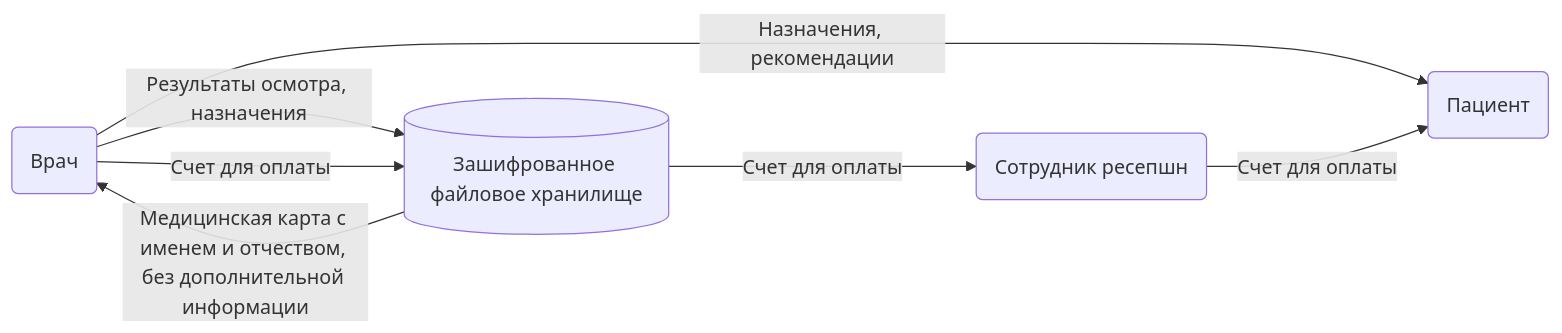
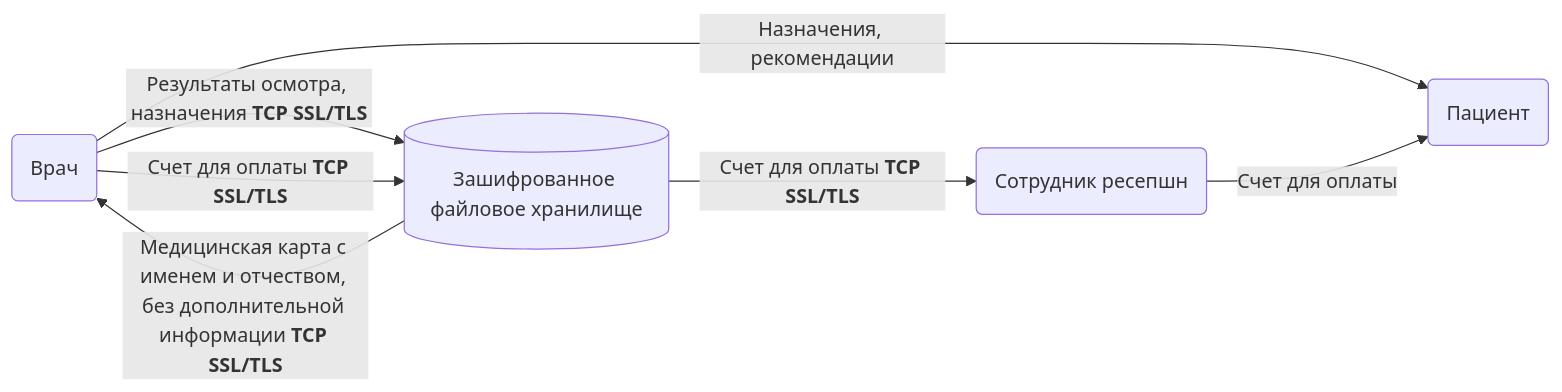
One commit to notnullptr-gh/architechture-sprint-10 changed the third of 5 diagrams in Task1/security-measures.md. Above: the diagram before and after it, drawn with Mermaid. The commit also changed other lines of this file and 1 other file, not shown here.

````diff
--- a/Task1/security-measures.md
+++ b/Task1/security-measures.md
@@ -29,15 +36,15 @@
 ```mermaid
 graph LR
     Customer(Пациент)
     Employe(Врач)
     Employe1(Сотрудник ресепшн)
     DB[(Зашифрованное файловое хранилище)]
 
     Employe --> |Назначения, рекомендации| Customer
-    Employe --> |Результаты осмотра, назначения| DB 
-    Employe --> |Счет для оплаты| DB
-    DB --> |Медицинская карта с именем и отчеством, без дополнительной информации| Employe
-    DB --> |Счет для оплаты| Employe1
+    Employe --> |Результаты осмотра, назначения <b>TCP SSL/TLS</b>| DB 
+    Employe --> |Счет для оплаты <b>TCP SSL/TLS</b>| DB
+    DB --> |Медицинская карта с именем и отчеством, без дополнительной информации <b>TCP SSL/TLS</b>| Employe
+    DB --> |Счет для оплаты <b>TCP SSL/TLS</b>| Employe1
     Employe1 --> |Счет для оплаты| Customer
     
 ```
````
